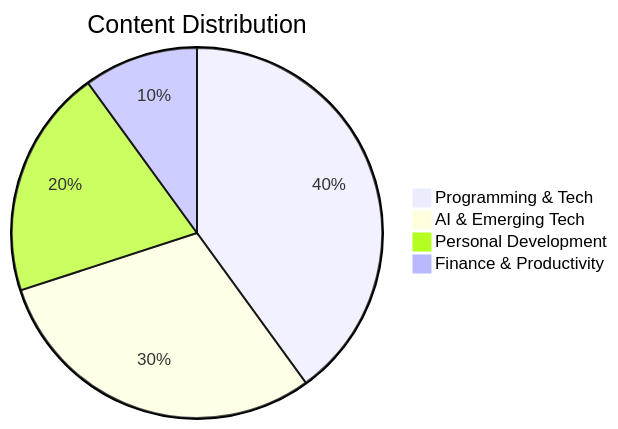
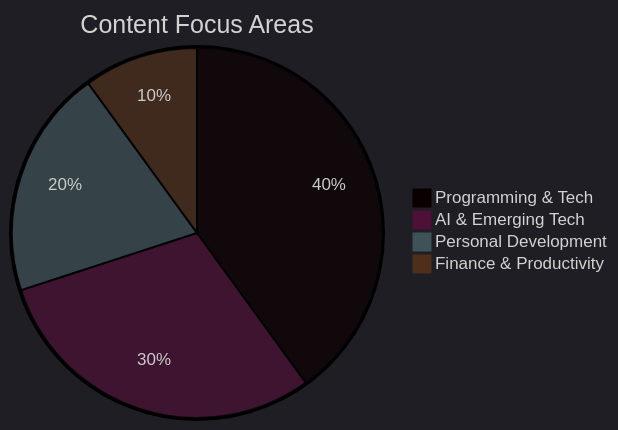
One commit to dojicreates/dojicreates changed the first of 3 diagrams in README.md. Above: the diagram before and after it, drawn with Mermaid. The commit also changed other lines of this file, not shown here.

````diff
--- a/README.md
+++ b/README.md
@@ -188,7 +192,8 @@
 ```mermaid
-pie title Content Distribution
+%%{init: {'theme':'dark', 'themeVariables': { 'pieStrokeWidth': '2px', 'pieOuterStrokeWidth': '3px'}}}%%
+pie title Content Focus Areas
     "Programming & Tech" : 40
     "AI & Emerging Tech" : 30
     "Personal Development" : 20
     "Finance & Productivity" : 10
 ```
````
